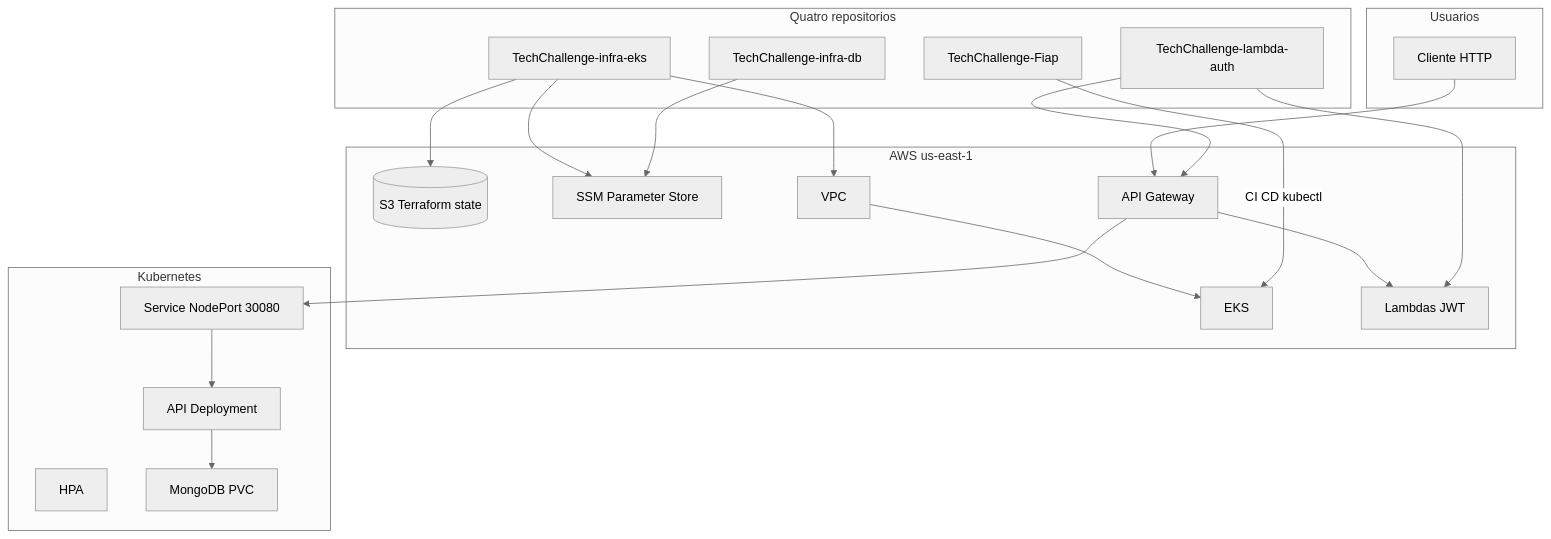
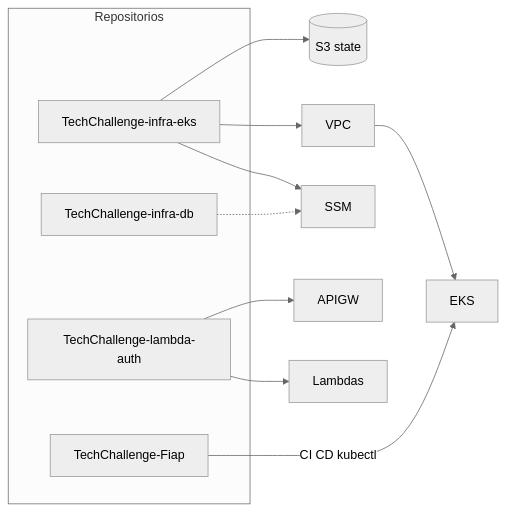
The diagram in docs/ARQUITETURA.md (RuannGodinho/TechChallenge-Fiap), drawn with Mermaid (neutral theme) before and after one commit. The commit also changed other lines of this file and 43 other files, not shown here.

First line of the commit message:
Document API architecture and point cloud, auth, and Atlas RFCs to sibling repos.

````diff
--- a/docs/ARQUITETURA.md
+++ b/docs/ARQUITETURA.md
@@ -29,42 +80,18 @@
 ```mermaid
-flowchart TB
-  subgraph users [Usuarios]
-    Client[Cliente HTTP]
-  end
-
-  subgraph repos [Quatro repositorios]
+flowchart LR
+  subgraph repos [Repositorios]
     AppRepo[TechChallenge-Fiap]
     EksRepo[TechChallenge-infra-eks]
     LamRepo[TechChallenge-lambda-auth]
     DbRepo[TechChallenge-infra-db]
   end
 
-  subgraph aws [AWS us-east-1]
-    S3[(S3 Terraform state)]
-    SSM[SSM Parameter Store]
-    VPC[VPC]
-    EKS[EKS]
-    APIGW[API Gateway]
-    LAMBDA[Lambdas JWT]
-  end
-
-  subgraph cluster [Kubernetes]
-    SVC[Service NodePort 30080]
-    API[API Deployment]
-    HPA[HPA]
-    Mongo[MongoDB PVC]
-  end
-
-  Client --> APIGW
-  APIGW --> LAMBDA
-  APIGW --> SVC
-  SVC --> API
-  API --> Mongo
-  EksRepo --> S3
-  EksRepo --> VPC --> EKS
+  EksRepo --> S3[(S3 state)]
+  EksRepo --> VPC
+  VPC --> EKS
   EksRepo --> SSM
+  DbRepo -.-> SSM
+  AppRepo -->|CI CD kubectl| EKS
   LamRepo --> APIGW
-  LamRepo --> LAMBDA
-  DbRepo --> SSM
-  AppRepo -->|CI CD kubectl| EKS
+  LamRepo --> Lambdas
 ```
````
